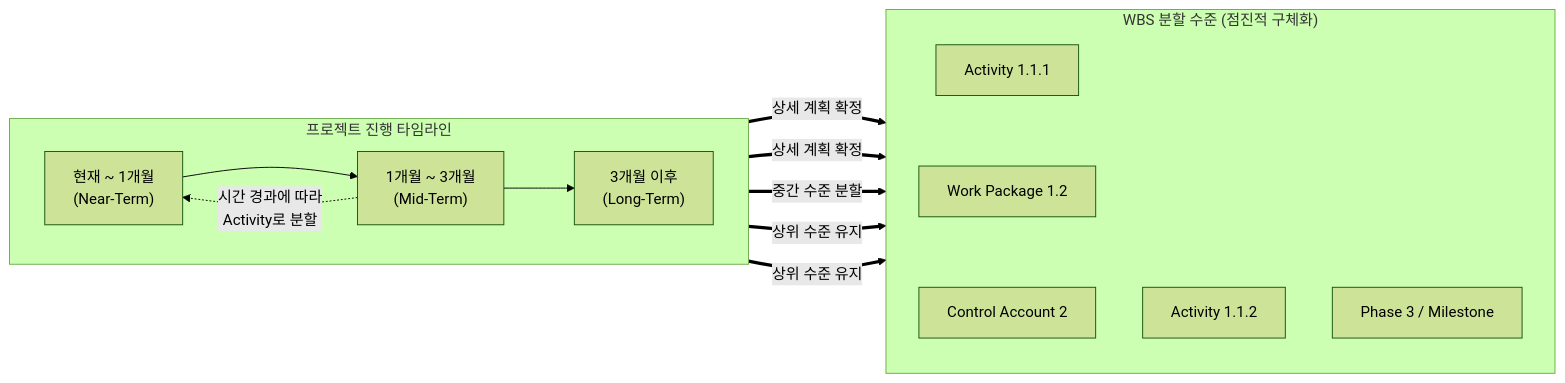
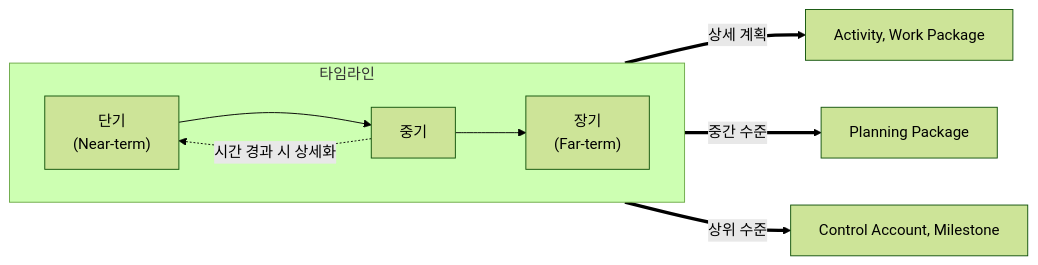
Before and after one commit to supremethumb/supremethumb.github.io: the diagram in content/01_IT Tech/연동계획.md, drawn with Mermaid (forest theme). The commit also changed other lines of this file and 1087 other files, not shown here.

````diff
--- a/content/01_IT Tech/연동계획.md
+++ b/content/01_IT Tech/연동계획.md
@@ -31,29 +34,14 @@
 ```mermaid
 flowchart LR
-    subgraph Time_Line ["프로젝트 진행 타임라인"]
+    subgraph Time ["타임라인"]
         direction LR
-        T1["현재 ~ 1개월<br/>(Near-Term)"]
-        T2["1개월 ~ 3개월<br/>(Mid-Term)"]
-        T3["3개월 이후<br/>(Long-Term)"]
-        
+        T1["단기<br/>(Near-term)"]
+        T2["중기"]
+        T3["장기<br/>(Far-term)"]
         T1 --> T2 --> T3
     end
-
-    subgraph WBS_Level ["WBS 분할 수준 (점진적 구체화)"]
-        direction TB
-        Act1["Activity 1.1.1"]
-        Act2["Activity 1.1.2"]
-        WP1["Work Package 1.2"]
-        CA1["Control Account 2"]
-        Phase3["Phase 3 / Milestone"]
-
-        Act1 ~~~ WP1 ~~~ CA1
-    end
-
-    T1 ==>|"상세 계획 확정"| Act1 & Act2
-    T2 ==>|"중간 수준 분할"| WP1
-    T3 ==>|"상위 수준 유지"| CA1 & Phase3
-    
-    T2 -. "시간 경과에 따라<br/>Activity로 분할" .-> T1
-
+    T1 ==>|"상세 계획"| Act["Activity, Work Package"]
+    T2 ==>|"중간 수준"| PP["Planning Package"]
+    T3 ==>|"상위 수준"| CA["Control Account, Milestone"]
+    T2 -. "시간 경과 시 상세화" .-> T1
 ```
````
